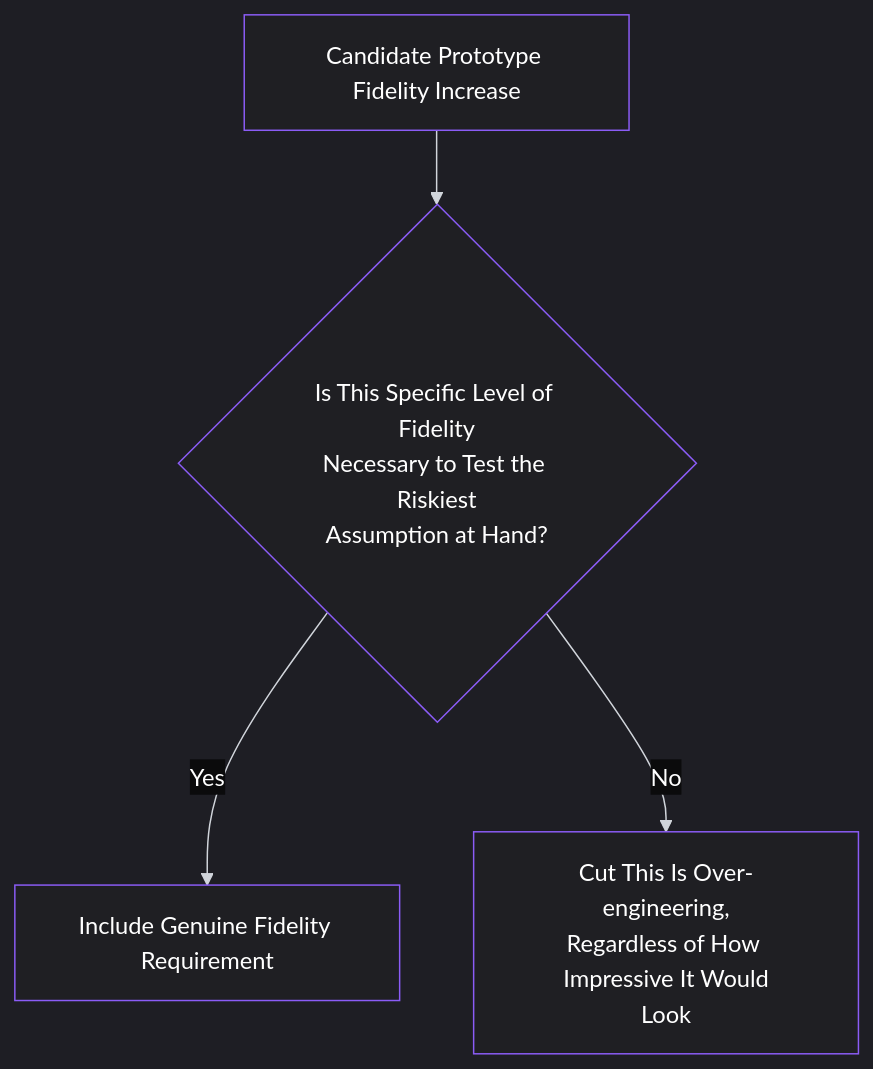
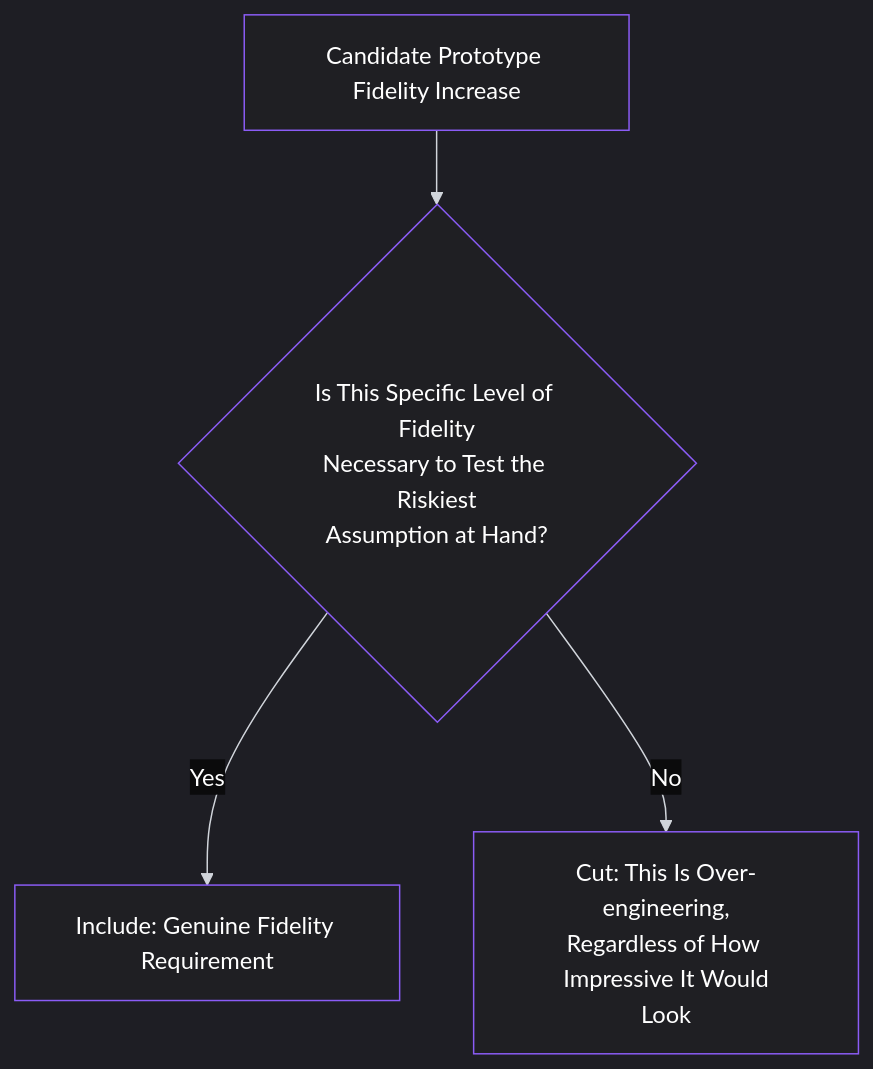
One commit to pmacademy-app/web changed the fourth of 4 diagrams in content/lessons/lesson-026.md. Above: the diagram before and after it, drawn with Mermaid. The commit also changed other lines of this file and 275 other files, not shown here.

````diff
--- a/content/lessons/lesson-026.md
+++ b/content/lessons/lesson-026.md
@@ -226,36 +226,36 @@
 ```mermaid
 %%{init: {
   "theme": "dark",
   "themeVariables": {
     "background": "#0b0b0c",
     "primaryColor": "#1f1f23",
     "primaryTextColor": "#ffffff",
     "primaryBorderColor": "#8b5cf6",
     "lineColor": "#d1d5db",
     "secondaryColor": "#18181b",
     "tertiaryColor": "#111111",
     "mainBkg": "#1f1f23",
     "nodeBorder": "#8b5cf6",
     "clusterBkg": "#000000",
     "clusterBorder": "#27272a",
     "titleColor": "#ffffff",
     "edgeLabelBackground": "#0b0b0c",
     "nodeTextColor": "#ffffff",
     "edgeLabelColor": "#ffffff",
     "actorBorder": "#8b5cf6",
     "actorBkg": "#1f1f23",
     "actorTextColor": "#ffffff",
     "sequenceNumberColor": "#ffffff",
     "signalColor": "#8b5cf6",
     "signalTextColor": "#ffffff",
     "textColor": "#ffffff",
     "classText": "#ffffff",
     "classBorder": "#8b5cf6",
     "classBkg": "#1f1f23"
   }
 }}%%
 graph TD
     A[Candidate Prototype Fidelity Increase] --> B{Is This Specific Level of Fidelity<br/>Necessary to Test the Riskiest<br/>Assumption at Hand?}
-    B -->|Yes| C[Include Genuine Fidelity Requirement]
-    B -->|No| D[Cut This Is Over-engineering,<br/>Regardless of How Impressive It Would<br/>Look]
+    B -->|Yes| C[Include: Genuine Fidelity Requirement]
+    B -->|No| D[Cut: This Is Over-engineering,<br/>Regardless of How Impressive It Would<br/>Look]
 ```
````
